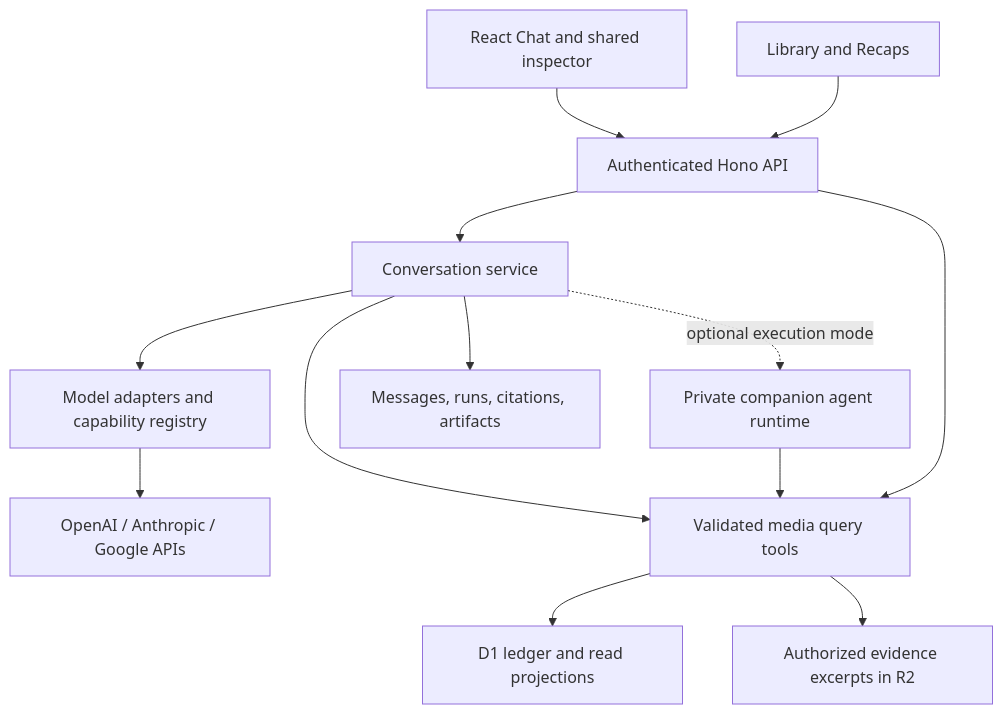
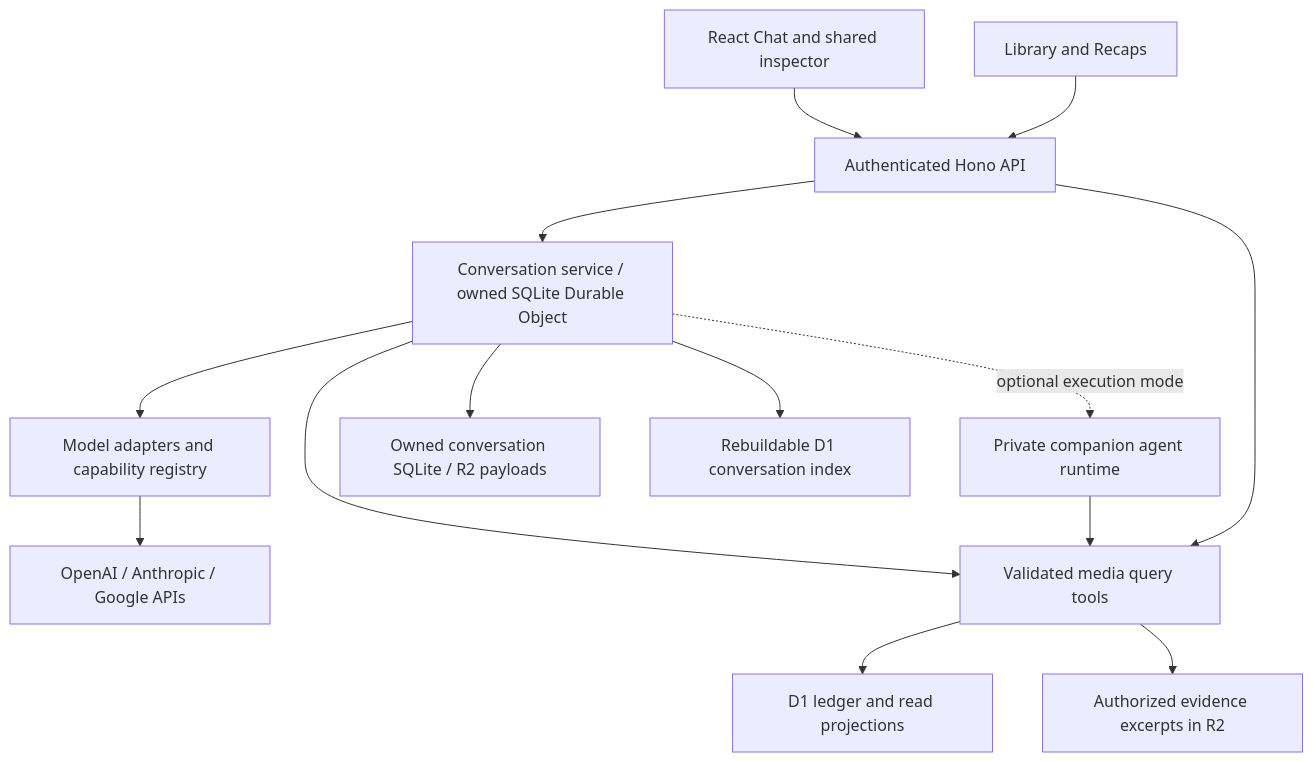
Before and after one commit to jeremy-washam/media-tracker: the diagram in docs/planning/ai-chat-plan.md, drawn with Mermaid. The commit also changed other lines of this file and 84 other files, not shown here.

````diff
--- a/docs/planning/ai-chat-plan.md
+++ b/docs/planning/ai-chat-plan.md
@@ -114,15 +156,16 @@
 ```mermaid
 flowchart TD
   UI[React Chat and shared inspector] --> API[Authenticated Hono API]
-  API --> C[Conversation service]
+  API --> C[Conversation service / owned SQLite Durable Object]
   C --> M[Model adapters and capability registry]
   M --> P[OpenAI / Anthropic / Google APIs]
   C -. optional execution mode .-> A[Private companion agent runtime]
   C --> Q[Validated media query tools]
   A --> Q
   Q --> D[D1 ledger and read projections]
   Q --> T[Authorized evidence excerpts in R2]
-  C --> S[Messages, runs, citations, artifacts]
+  C --> S[Owned conversation SQLite / R2 payloads]
+  C --> I[Rebuildable D1 conversation index]
   L[Library and Recaps] --> API
   API --> Q
 ```
````
